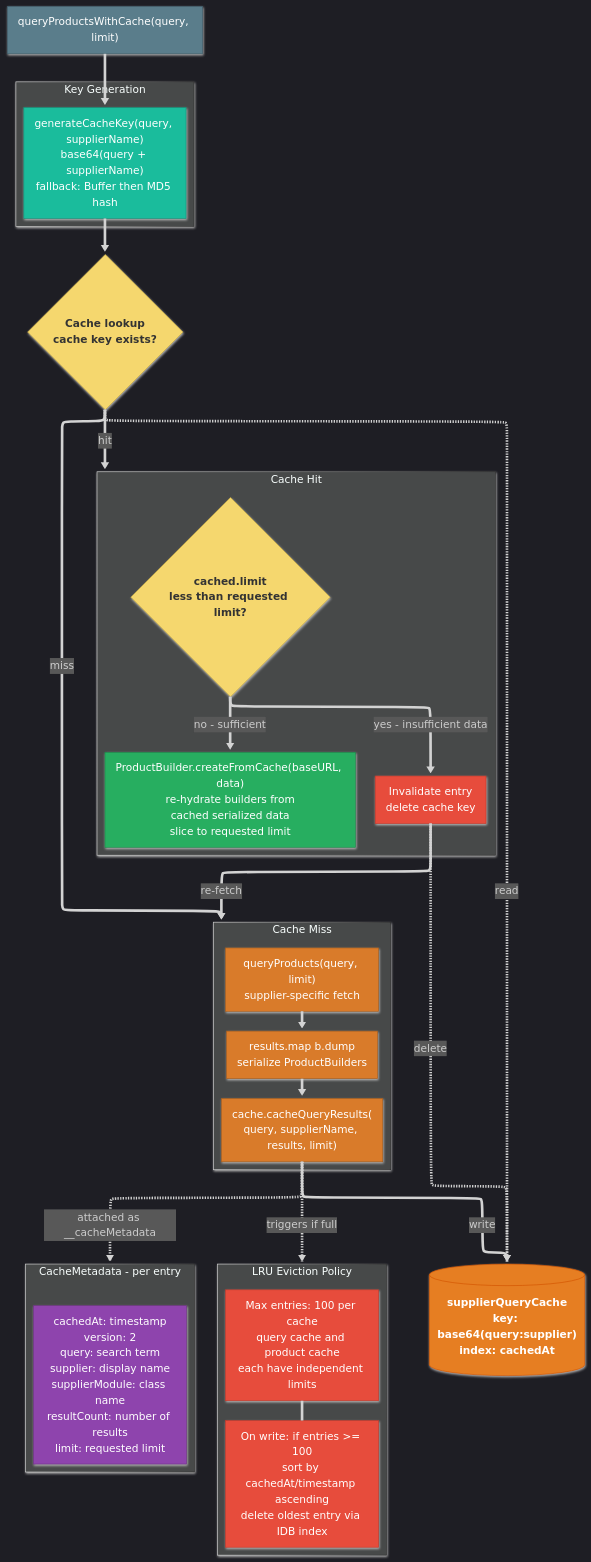
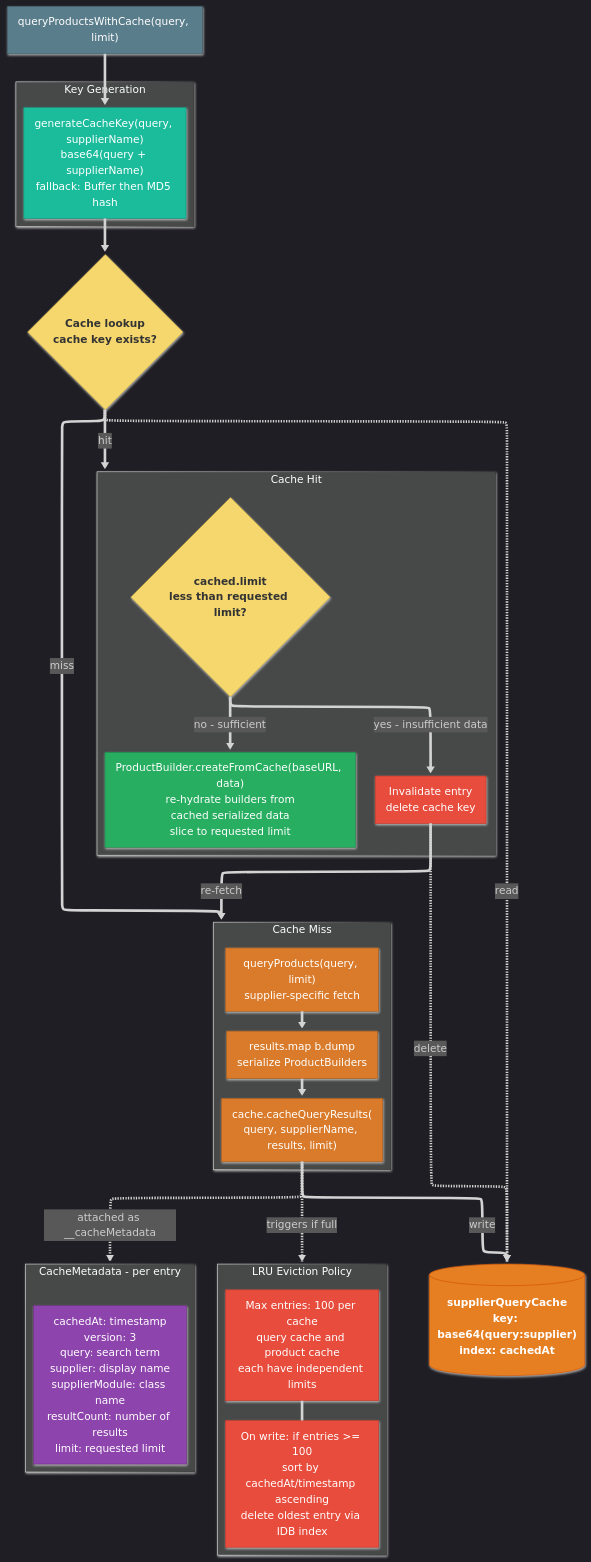
One commit to jhyland87/chem-pal changed the second of 5 diagrams in pages/diagrams/search-cache-flow.md. Above: the diagram before and after it, drawn with Mermaid. The commit also changed other lines of this file and 59 other files, not shown here.

```diff
--- a/pages/diagrams/search-cache-flow.md
+++ b/pages/diagrams/search-cache-flow.md
@@ -131,7 +134,7 @@
 
 subgraph Metadata["CacheMetadata - per entry"]
 direction LR
-META["cachedAt: timestamp\nversion: 2\nquery: search term\nsupplier: display name\nsupplierModule: class name\nresultCount: number of results\nlimit: requested limit"]
+META["cachedAt: timestamp\nversion: 3\nquery: search term\nsupplier: display name\nsupplierModule: class name\nresultCount: number of results\nlimit: requested limit"]
 end
 SAVE1 -.->|"attached as __cacheMetadata"| Metadata
 
```
